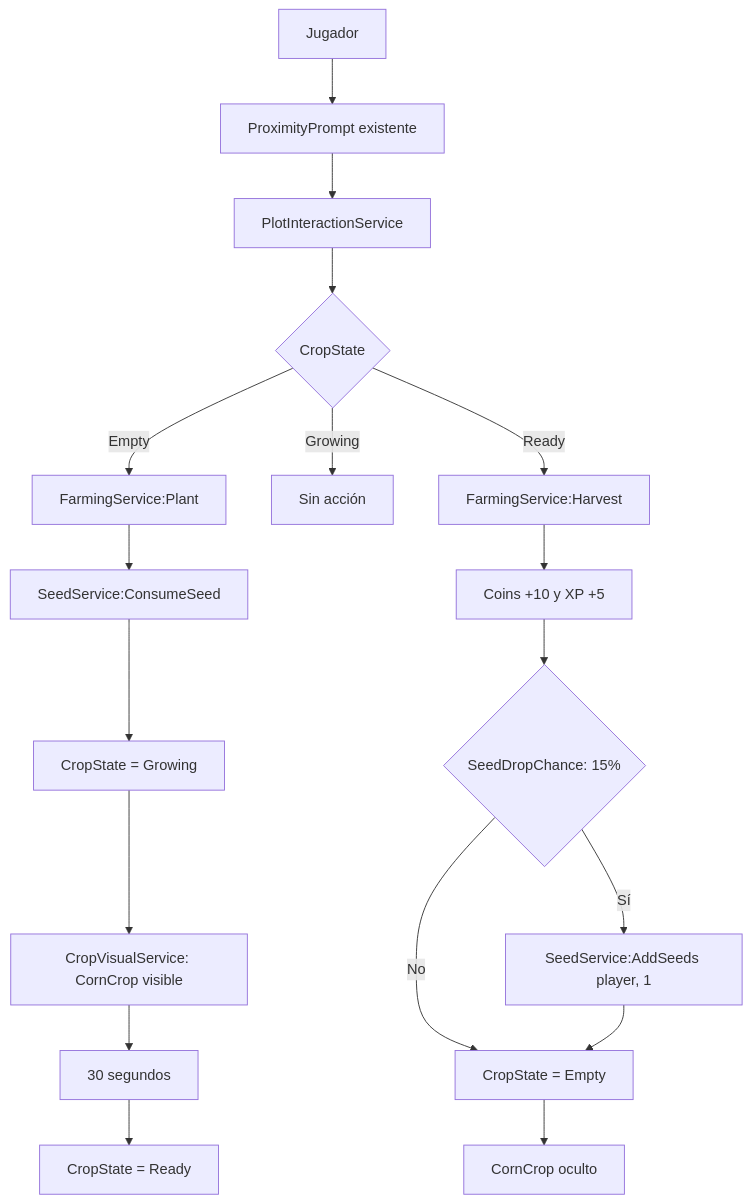
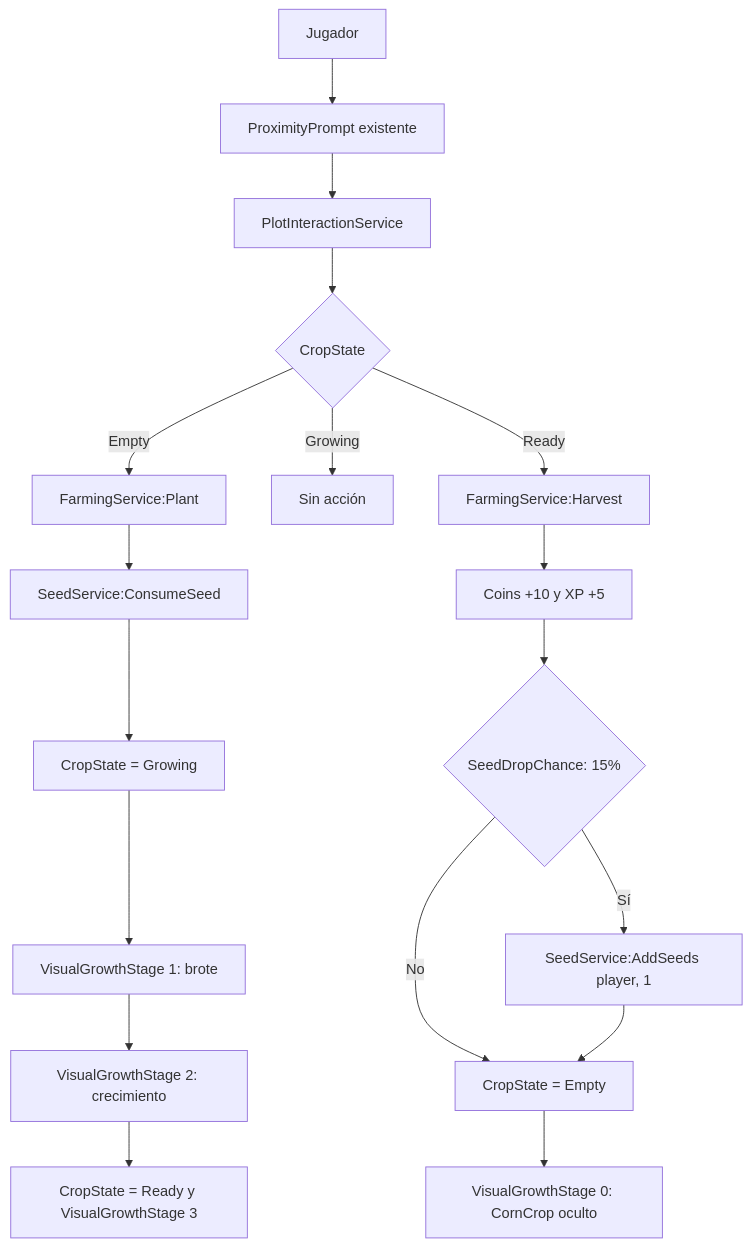
The diagram in README.md (LuisDiaz122001/Jardin-Agrodiverso), drawn with Mermaid before and after one commit. The commit also changed other lines of this file and 3 other files, not shown here.

Commit message:
feat: implementa crecimiento visual por etapas

````diff
--- a/README.md
+++ b/README.md
@@ -164,20 +182,20 @@
 ```mermaid
 flowchart TD
     A[Jugador] --> B[ProximityPrompt existente]
     B --> C[PlotInteractionService]
     C --> D{CropState}
     D -->|Empty| E[FarmingService:Plant]
     E --> F[SeedService:ConsumeSeed]
     F --> G[CropState = Growing]
-    G --> H[CropVisualService: CornCrop visible]
-    H --> I[30 segundos]
-    I --> J[CropState = Ready]
+    G --> H[VisualGrowthStage 1: brote]
+    H --> I[VisualGrowthStage 2: crecimiento]
+    I --> J[CropState = Ready y VisualGrowthStage 3]
     D -->|Growing| K[Sin acción]
     D -->|Ready| L[FarmingService:Harvest]
     L --> M[Coins +10 y XP +5]
     M --> Q{SeedDropChance: 15%}
     Q -->|Sí| R[SeedService:AddSeeds player, 1]
     Q -->|No| N[CropState = Empty]
     R --> N
-    N --> O[CornCrop oculto]
+    N --> O[VisualGrowthStage 0: CornCrop oculto]
 ```
````
